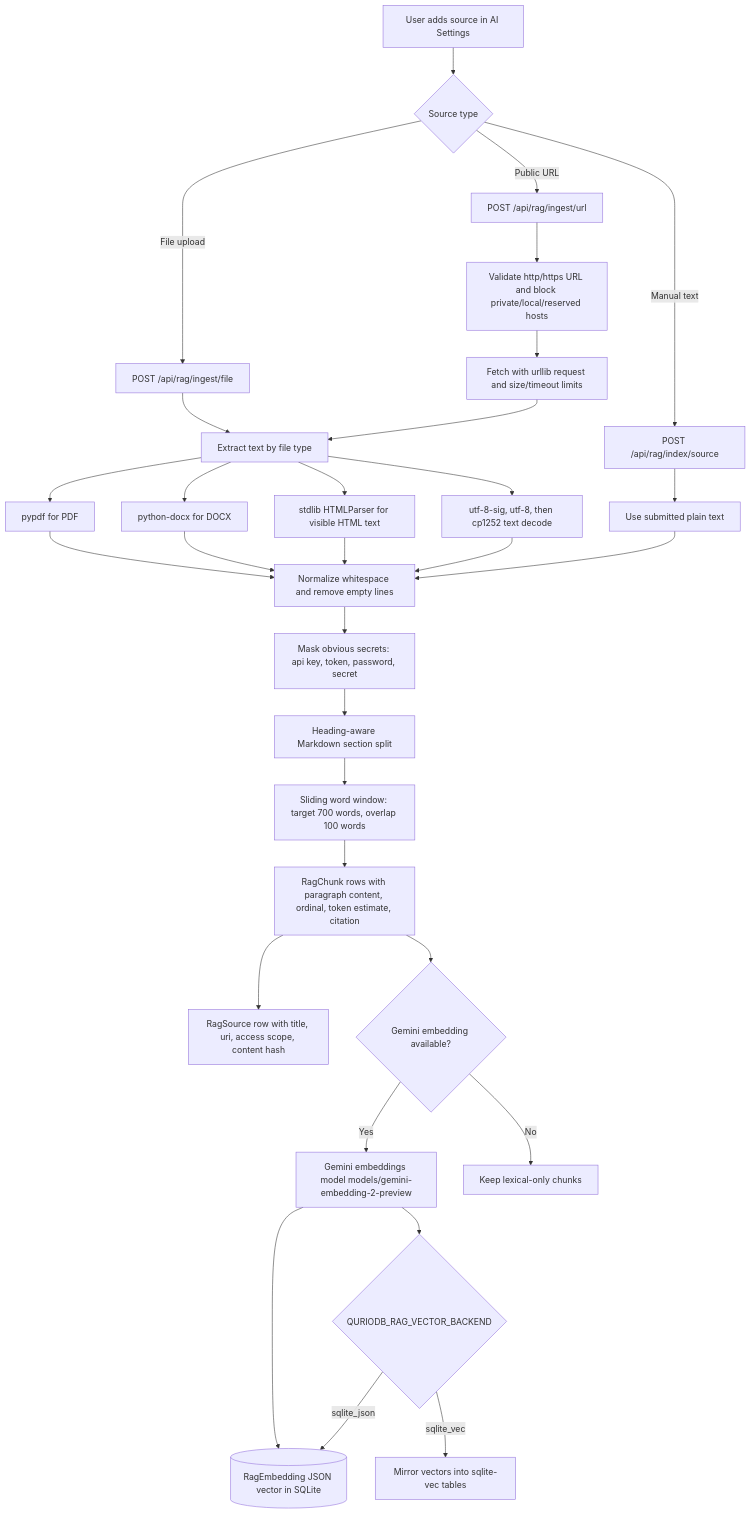
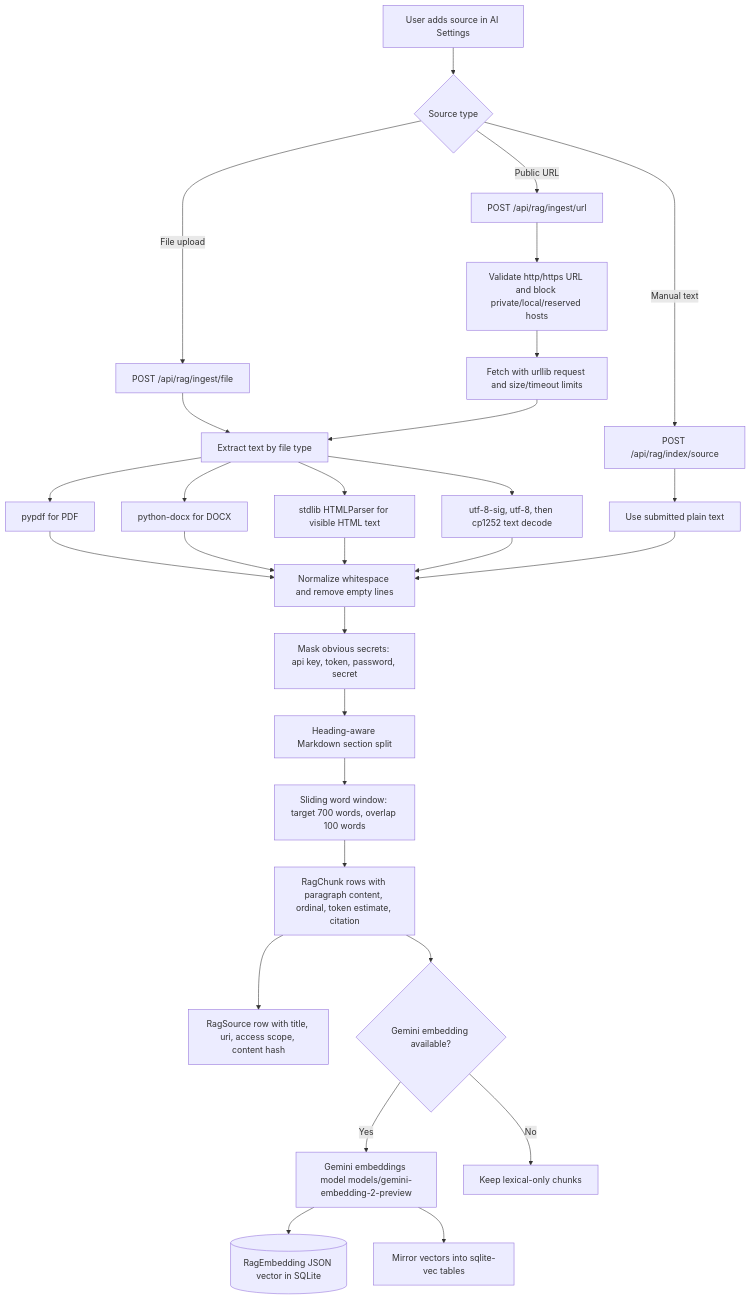
The first of 2 diagrams in README.md (trungvinh2102/DBMS_PLATFORM), drawn with Mermaid before and after one commit. The commit also changed other lines of this file and 12 other files, not shown here.

Commit message:
refactor(ai): migrate vector store default to sqlite_vec and remove sqlite_json

````diff
--- a/README.md
+++ b/README.md
@@ -217,38 +217,36 @@
 ```mermaid
 flowchart TD
   User[User adds source in AI Settings] --> SourceType{Source type}
 
   SourceType -->|File upload| File[POST /api/rag/ingest/file]
   SourceType -->|Public URL| Url[POST /api/rag/ingest/url]
   SourceType -->|Manual text| Text[POST /api/rag/index/source]
 
   File --> Extract[Extract text by file type]
   Url --> Guard[Validate http/https URL and block private/local/reserved hosts]
   Guard --> Fetch[Fetch with urllib request and size/timeout limits]
   Fetch --> Extract
   Text --> Clean[Use submitted plain text]
 
   Extract --> Pdf[pypdf for PDF]
   Extract --> Docx[python-docx for DOCX]
   Extract --> Html[stdlib HTMLParser for visible HTML text]
   Extract --> Plain[utf-8-sig, utf-8, then cp1252 text decode]
 
   Pdf --> Normalize[Normalize whitespace and remove empty lines]
   Docx --> Normalize
   Html --> Normalize
   Plain --> Normalize
   Clean --> Normalize
 
   Normalize --> Redact[Mask obvious secrets: api key, token, password, secret]
   Redact --> SectionSplit[Heading-aware Markdown section split]
   SectionSplit --> Window[Sliding word window: target 700 words, overlap 100 words]
   Window --> Chunks[RagChunk rows with paragraph content, ordinal, token estimate, citation]
   Chunks --> Source[RagSource row with title, uri, access scope, content hash]
   Chunks --> Embedding{Gemini embedding available?}
   Embedding -->|Yes| Vector[Gemini embeddings model models/gemini-embedding-2-preview]
   Embedding -->|No| LexicalOnly[Keep lexical-only chunks]
   Vector --> Store[(RagEmbedding JSON vector in SQLite)]
-  Vector --> Vec{QURIODB_RAG_VECTOR_BACKEND}
-  Vec -->|sqlite_json| Store
-  Vec -->|sqlite_vec| SqliteVec[Mirror vectors into sqlite-vec tables]
+  Vector --> SqliteVec[Mirror vectors into sqlite-vec tables]
 ```
````
